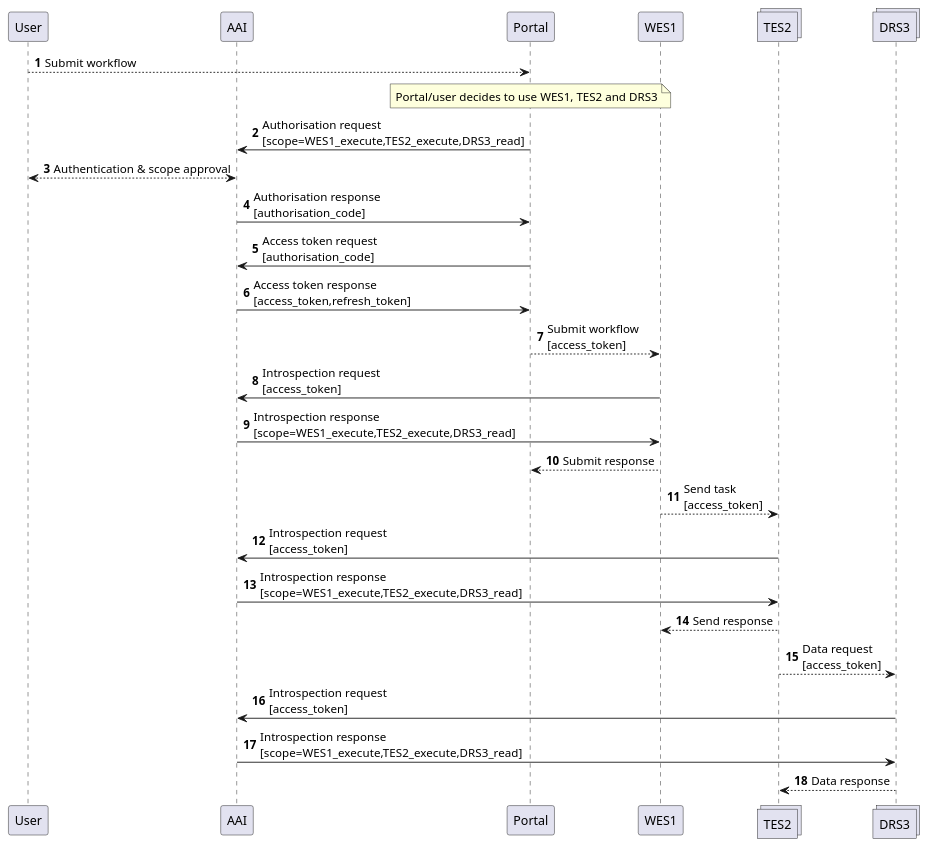
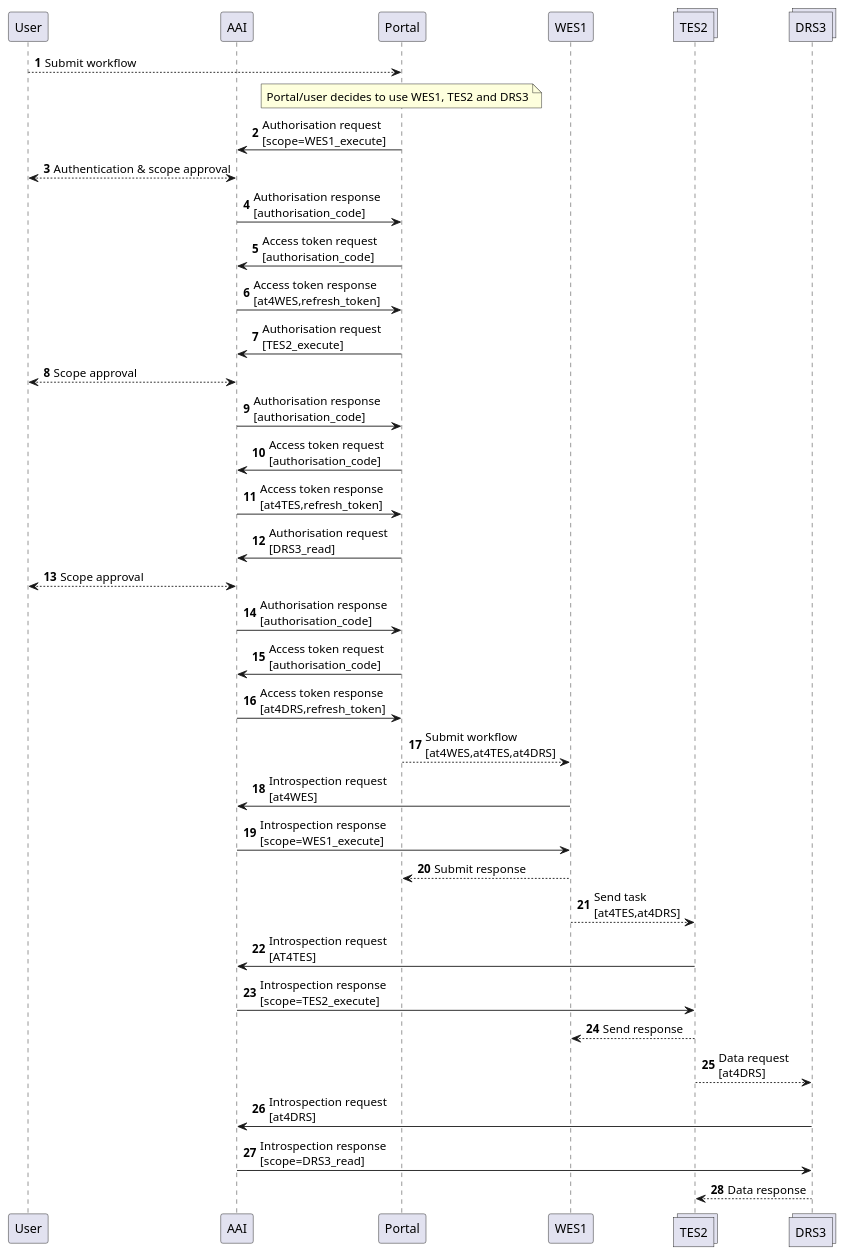
Before and after one commit to elixir-cloud-aai/elixir-aai-guidelines: the first of 3 diagrams in guidelines.md, drawn with PlantUML. The commit also changed other lines of this file and 3 other files, not shown here.

````diff
--- a/guidelines.md
+++ b/guidelines.md
@@ -434,36 +436,49 @@
 ```plantuml
 @startuml
 participant User
 participant AAI
 participant Portal
 participant WES1
 collections TES2
 collections DRS3
 autonumber 1
 
 User --> Portal : Submit workflow
 
 Note over Portal: Portal/user decides to use WES1, TES2 and DRS3
 
-Portal -> AAI : Authorisation request\n[scope=WES1_execute,TES2_execute,DRS3_read]
+Portal -> AAI : Authorisation request\n[scope=WES1_execute]
 AAI <--> User : Authentication & scope approval
 AAI -> Portal : Authorisation response\n[authorisation_code]
 Portal -> AAI : Access token request\n[authorisation_code]
-AAI -> Portal : Access token response\n[access_token,refresh_token]
+AAI -> Portal : Access token response\n[at4WES,refresh_token]
 
-Portal --> WES1 : Submit workflow\n[access_token]
-WES1 -> AAI : Introspection request\n[access_token]
-AAI -> WES1 : Introspection response\n[scope=WES1_execute,TES2_execute,DRS3_read]
+Portal -> AAI : Authorisation request\n[TES2_execute]
+AAI <--> User : Scope approval
+AAI -> Portal : Authorisation response\n[authorisation_code]
+Portal -> AAI : Access token request\n[authorisation_code]
+AAI -> Portal : Access token response\n[at4TES,refresh_token]
+
+Portal -> AAI : Authorisation request\n[DRS3_read]
+AAI <--> User : Scope approval
+AAI -> Portal : Authorisation response\n[authorisation_code]
+Portal -> AAI : Access token request\n[authorisation_code]
+AAI -> Portal : Access token response\n[at4DRS,refresh_token]
+
+
+Portal --> WES1 : Submit workflow\n[at4WES,at4TES,at4DRS]
+WES1 -> AAI : Introspection request\n[at4WES]
+AAI -> WES1 : Introspection response\n[scope=WES1_execute]
 WES1 --> Portal : Submit response
 
-WES1 --> TES2: Send task\n[access_token]
-TES2 -> AAI : Introspection request\n[access_token]
-AAI -> TES2 : Introspection response\n[scope=WES1_execute,TES2_execute,DRS3_read]
+WES1 --> TES2: Send task\n[at4TES,at4DRS]
+TES2 -> AAI : Introspection request\n[AT4TES]
+AAI -> TES2 : Introspection response\n[scope=TES2_execute]
 TES2 --> WES1 : Send response
 
-TES2 --> DRS3 : Data request\n[access_token]
-DRS3 -> AAI : Introspection request\n[access_token]
-AAI -> DRS3: Introspection response\n[scope=WES1_execute,TES2_execute,DRS3_read]
+TES2 --> DRS3 : Data request\n[at4DRS]
+DRS3 -> AAI : Introspection request\n[at4DRS]
+AAI -> DRS3: Introspection response\n[scope=DRS3_read]
 DRS3 --> TES2 : Data response
 @enduml
 ```
````
